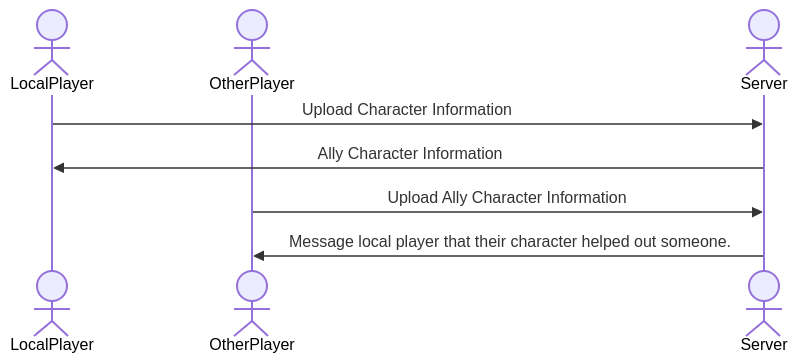
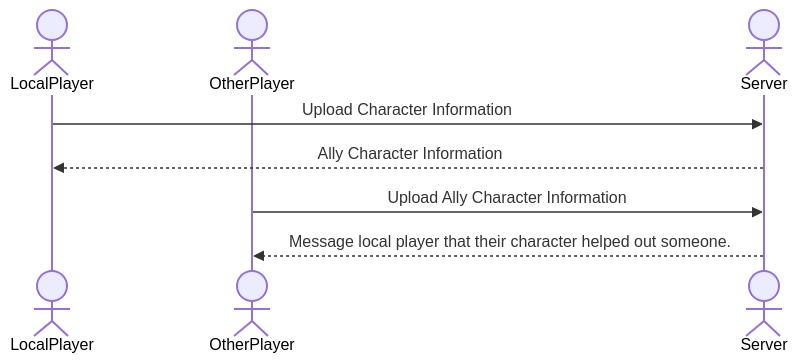
The diagram in README.md (Gfniblib/Startup), drawn with Mermaid before and after one commit.

Commit message:
Sequence Diagram slight Visual update

````diff
--- a/README.md
+++ b/README.md
@@ -17,10 +17,10 @@
 ```mermaid
 sequenceDiagram
     actor LocalPlayer
     actor OtherPlayer
     actor Server
     LocalPlayer->>Server: Upload Character Information
-    Server->>LocalPlayer: Ally Character Information
+    Server-->>LocalPlayer: Ally Character Information
     OtherPlayer->>Server: Upload Ally Character Information
-    Server->>OtherPlayer: Message local player that their character helped out someone.
+    Server-->>OtherPlayer: Message local player that their character helped out someone.
 ```
````
